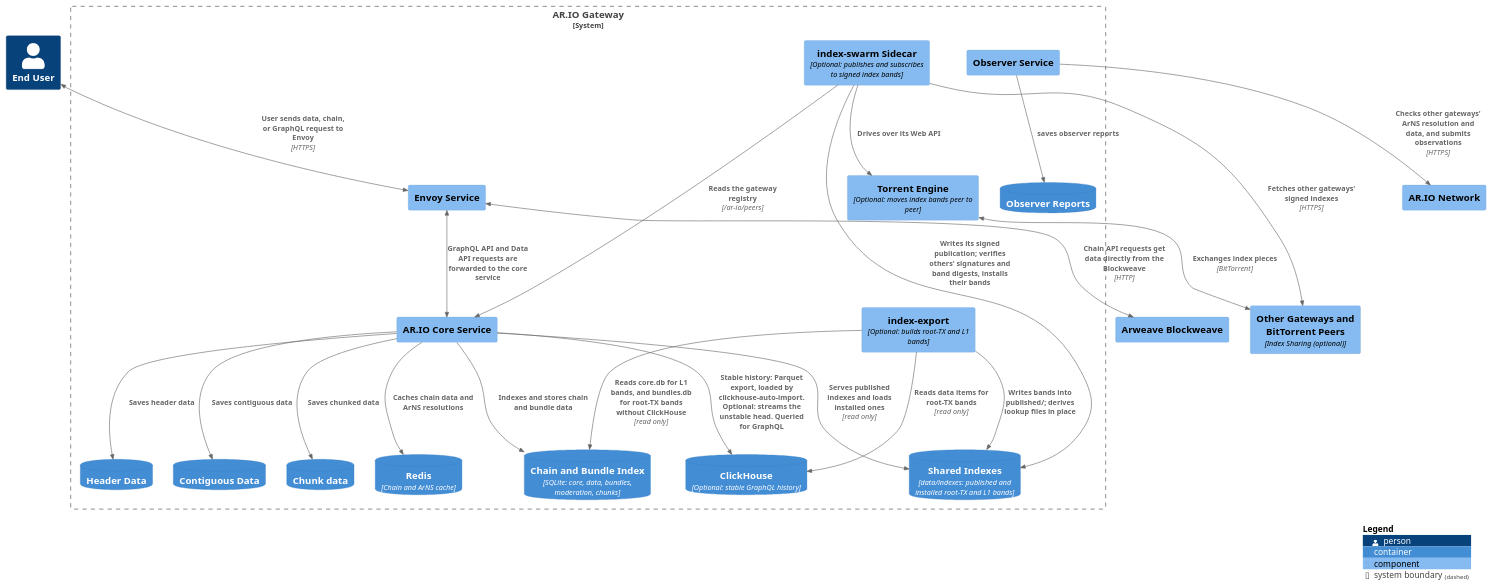
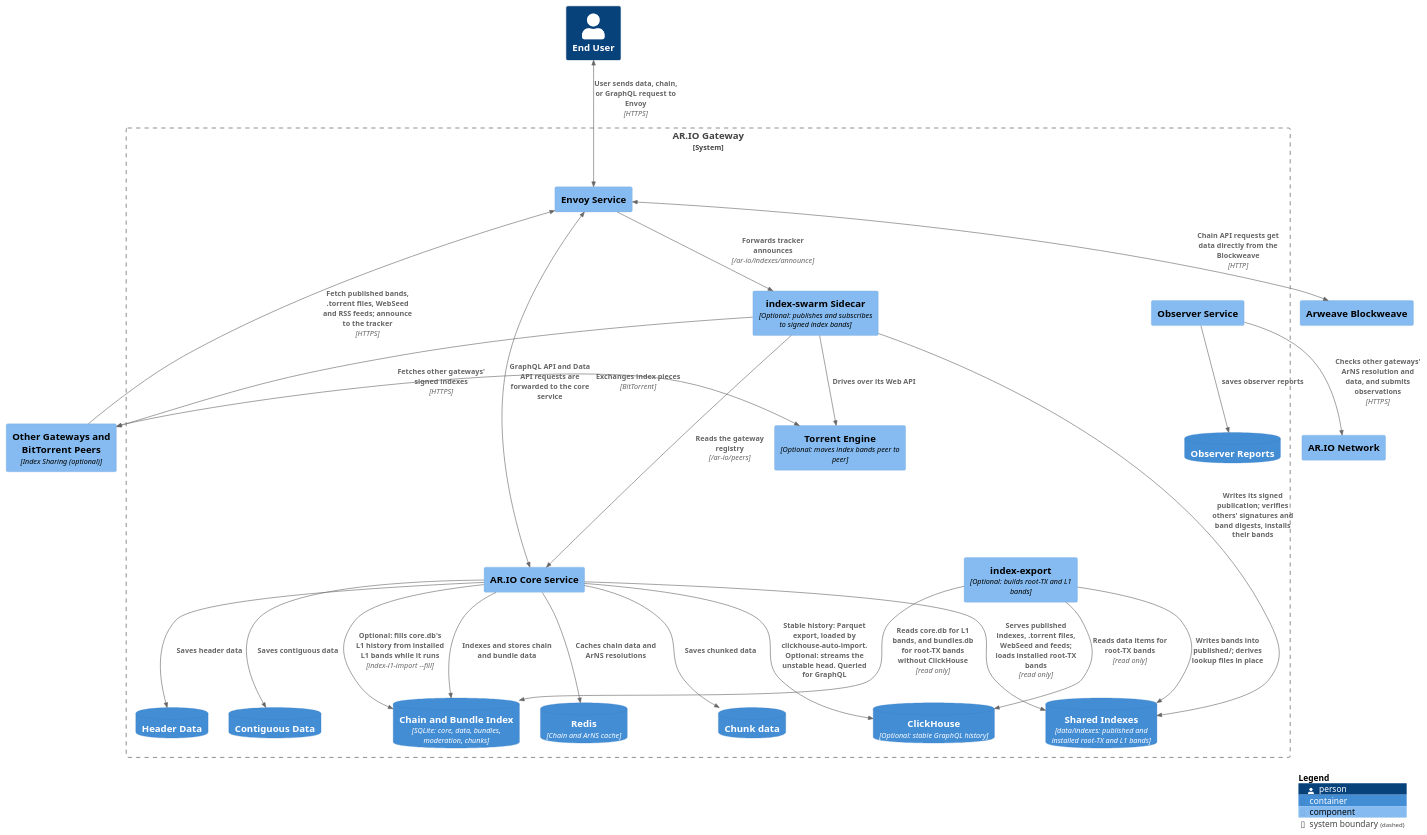
Before and after one commit to ar-io/ar-io-node: the diagram in docs/diagrams/src/Gateway.puml, drawn with PlantUML. The commit also changed 16 other files, not shown here.

```diff
--- a/docs/diagrams/src/Gateway.puml
+++ b/docs/diagrams/src/Gateway.puml
@@ -1,74 +1,77 @@
 @startuml Gateway
 
 
 !include ./C4_definitions/C4_Context.puml
 !include ./C4_definitions/C4_Container.puml
 !include ./C4_definitions/C4_Component.puml
 
 ' Set Layout
 LAYOUT_TOP_DOWN()
 
 
 ' Define Elements
 
 Person(user, "End User")
 Component(arweave, "Arweave Blockweave")
 Component(network, "AR.IO Network")
 
 Component(peers, "Other Gateways and BitTorrent Peers", "Index Sharing (optional)")
 
 System_Boundary(ar-io, "AR.IO Gateway"){
     Component(core, "AR.IO Core Service")
     Component(envoy, "Envoy Service")
     Component(observer, "Observer Service")
     ContainerDb(redis, "Redis", "Chain and ArNS cache")
     ContainerDb(clickhouse, "ClickHouse", "Optional: stable GraphQL history")
     Component(sidecar, "index-swarm Sidecar", "Optional: publishes and subscribes to signed index bands")
     Component(engine, "Torrent Engine", "Optional: moves index bands peer to peer")
     Component(exporter, "index-export", "Optional: builds root-TX and L1 bands")
 
     ContainerDb(chunks, "Chunk data")
     ContainerDb(headers, "Header Data")
     ContainerDb(contiguous, "Contiguous Data")
     ContainerDb(reports, "Observer Reports")
     ContainerDb(index, "Chain and Bundle Index", "SQLite: core, data, bundles, moderation, chunks")
     ContainerDb(indexes, "Shared Indexes", "data/indexes: published and installed root-TX and L1 bands")
 }
 
 ' Relationships
 BiRel(user, envoy, "User sends data, chain, or GraphQL request to Envoy", "HTTPS" )
 BiRel(envoy, arweave, "Chain API requests get data directly from the Blockweave", "HTTP")
 BiRel(envoy, core, "GraphQL API and Data API requests are forwarded to the core service")
+Rel(peers, envoy, "Fetch published bands, .torrent files, WebSeed and RSS feeds; announce to the tracker", "HTTPS")
+Rel(envoy, sidecar, "Forwards tracker announces", "/ar-io/indexes/announce")
 
 
 Rel(core, index, "Indexes and stores chain and bundle data")
 Rel(core, chunks, "Saves chunked data")
 Rel(core, headers, "Saves header data")
 Rel(core, contiguous, "Saves contiguous data")
 
 Rel(core, redis, "Caches chain data and ArNS resolutions")
 Rel(core, clickhouse, "Stable history: Parquet export, loaded by clickhouse-auto-import. Optional: streams the unstable head. Queried for GraphQL")
-Rel(core, indexes, "Serves published indexes and loads installed ones", "read only")
+Rel(core, indexes, "Serves published indexes, .torrent files, WebSeed and feeds; loads installed root-TX bands", "read only")
+Rel(core, index, "Optional: fills core.db's L1 history from installed L1 bands while it runs", "index-l1-import --fill")
 
 Rel(sidecar, indexes, "Writes its signed publication; verifies others' signatures and band digests, installs their bands")
 Rel(exporter, index, "Reads core.db for L1 bands, and bundles.db for root-TX bands without ClickHouse", "read only")
 Rel(exporter, clickhouse, "Reads data items for root-TX bands", "read only")
 Rel(exporter, indexes, "Writes bands into published/; derives lookup files in place")
 Rel(sidecar, core, "Reads the gateway registry", "/ar-io/peers")
 Rel(sidecar, peers, "Fetches other gateways' signed indexes", "HTTPS")
 Rel(sidecar, engine, "Drives over its Web API")
 BiRel(engine, peers, "Exchanges index pieces", "BitTorrent")
 
 Rel(observer, reports, "saves observer reports")
 Rel(observer, network, "Checks other gateways' ArNS resolution and data, and submits observations", "HTTPS")
 
 ' Layout hints: keep the index-sharing pieces together on the left
 Lay_Right(sidecar, observer)
 Lay_Down(sidecar, engine)
 Lay_Down(engine, exporter)
 Lay_Left(indexes, chunks)
 
 ' Legend
 SHOW_LEGEND()
 
 @enduml
```
